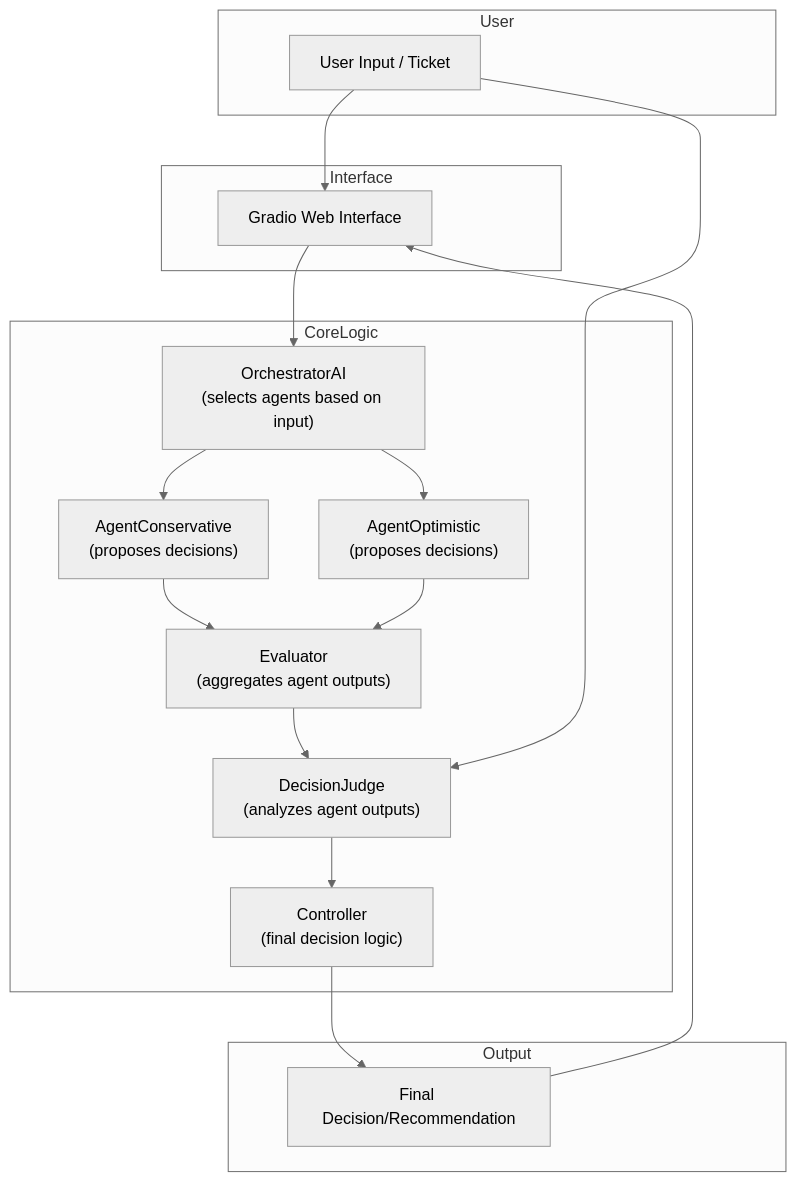
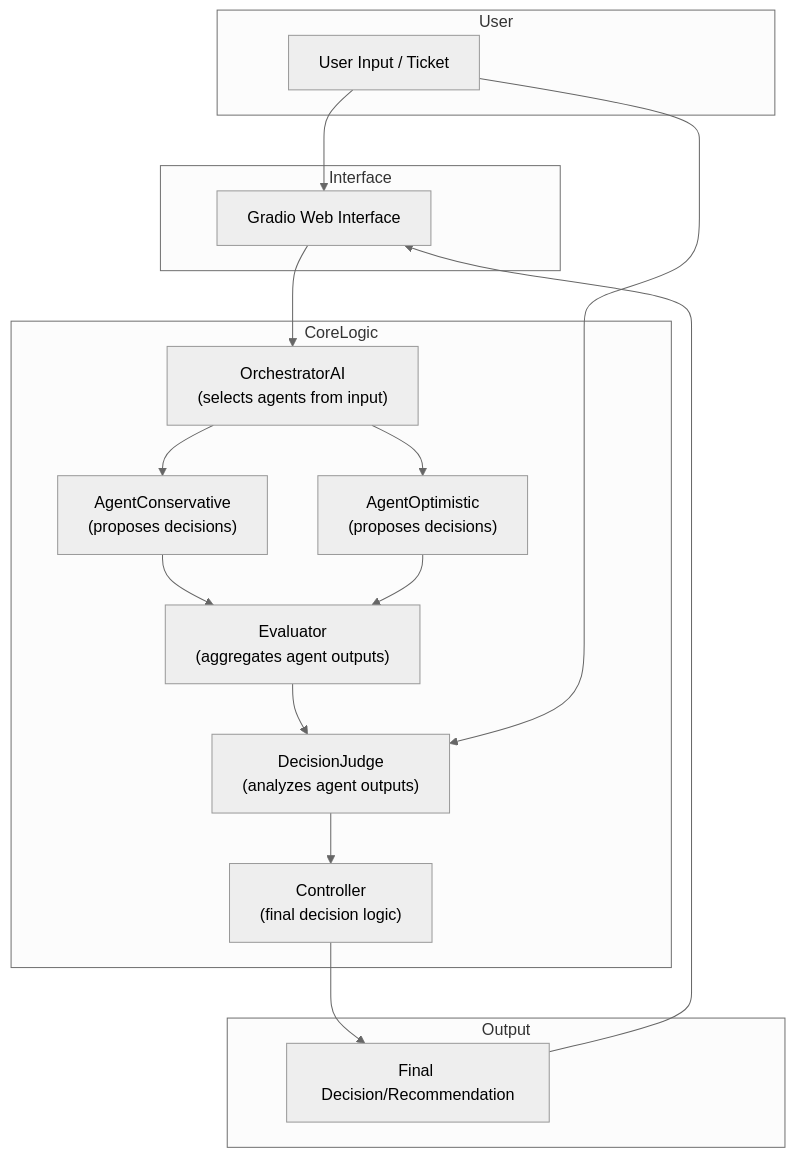
One commit to gilfernandez-creator/AI-Judge-Multi-Agent-Decision-Evaluation-Platform changed the diagram in README.md. Above: the diagram before and after it, drawn with Mermaid (neutral theme).

Commit message:
Fix README and Mermaid diagram rendering

````diff
--- a/README.md
+++ b/README.md
@@ -18,35 +18,35 @@
 ```mermaid
 flowchart TD
     subgraph User
         Input["User Input / Ticket"]
     end
 
     subgraph Interface
         Gradio["Gradio Web Interface"]
     end
 
     subgraph CoreLogic
-        Orchestrator["OrchestratorAI<br>(selects agents based on input)"]
+        Orchestrator["OrchestratorAI<br>(selects agents from input)"]
         AgentConservative["AgentConservative<br>(proposes decisions)"]
         AgentOptimistic["AgentOptimistic<br>(proposes decisions)"]
         Evaluator["Evaluator<br>(aggregates agent outputs)"]
         Judge["DecisionJudge<br>(analyzes agent outputs)"]
         Controller["Controller<br>(final decision logic)"]
     end
 
     subgraph Output
         FinalDecision["Final Decision/Recommendation"]
     end
 
     Input --> Gradio
     Gradio --> Orchestrator
     Orchestrator --> AgentConservative
     Orchestrator --> AgentOptimistic
     AgentConservative --> Evaluator
     AgentOptimistic --> Evaluator
     Evaluator --> Judge
     Input --> Judge
     Judge --> Controller
     Controller --> FinalDecision
     FinalDecision --> Gradio
 ```
````
